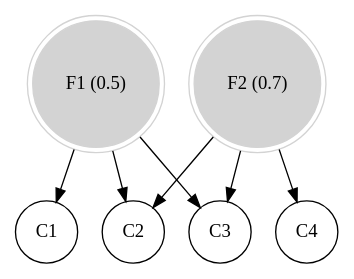
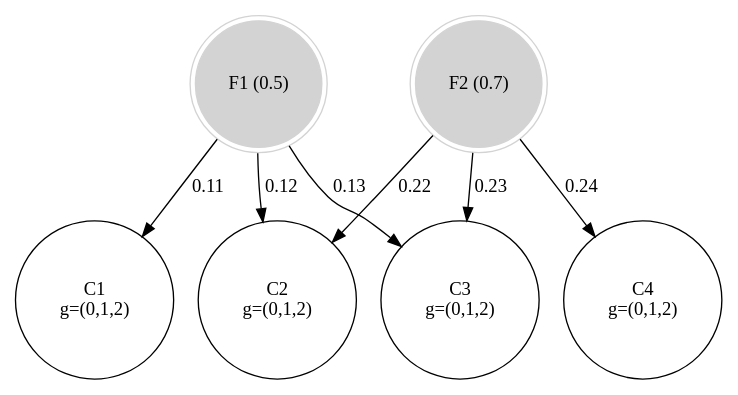
Before and after one commit to alex-bochkarev/align-BDD: the diagram in run_logs/problem_dia.gv, drawn with Graphviz. The commit also changed 8 other files, not shown here.

```diff
--- a/run_logs/problem_dia.gv
+++ b/run_logs/problem_dia.gv
@@ -1,15 +1,19 @@
 // Uncapacitated Facility Location
 digraph G {
 	F1 [label="F1 (0.5)" color=lightgrey shape=doublecircle style=filled]
 	F2 [label="F2 (0.7)" color=lightgrey shape=doublecircle style=filled]
-	C1 [shape=circle]
-	F1 -> C1
-	C2 [shape=circle]
-	F1 -> C2
-	F2 -> C2
-	C3 [shape=circle]
-	F1 -> C3
-	F2 -> C3
-	C4 [shape=circle]
-	F2 -> C4
+	C1 [label="C1
+g=(0,1,2)" shape=circle]
+	C2 [label="C2
+g=(0,1,2)" shape=circle]
+	C3 [label="C3
+g=(0,1,2)" shape=circle]
+	C4 [label="C4
+g=(0,1,2)" shape=circle]
+	F1 -> C1 [label=0.11]
+	F1 -> C2 [label=0.12]
+	F2 -> C2 [label=0.22]
+	F1 -> C3 [label=0.13]
+	F2 -> C3 [label=0.23]
+	F2 -> C4 [label=0.24]
 }
```
